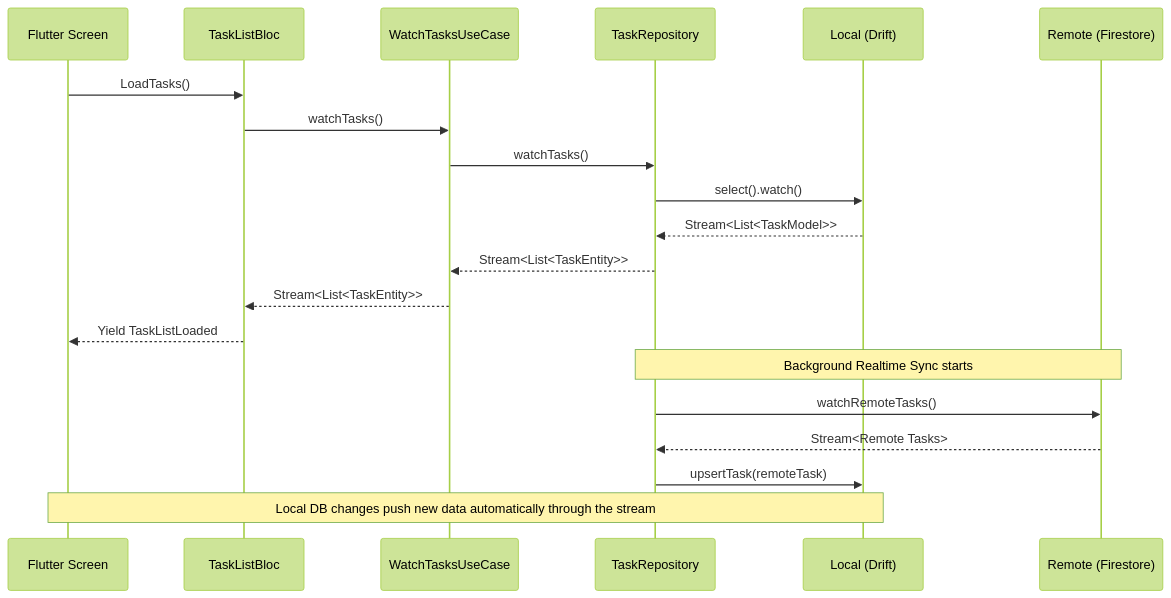
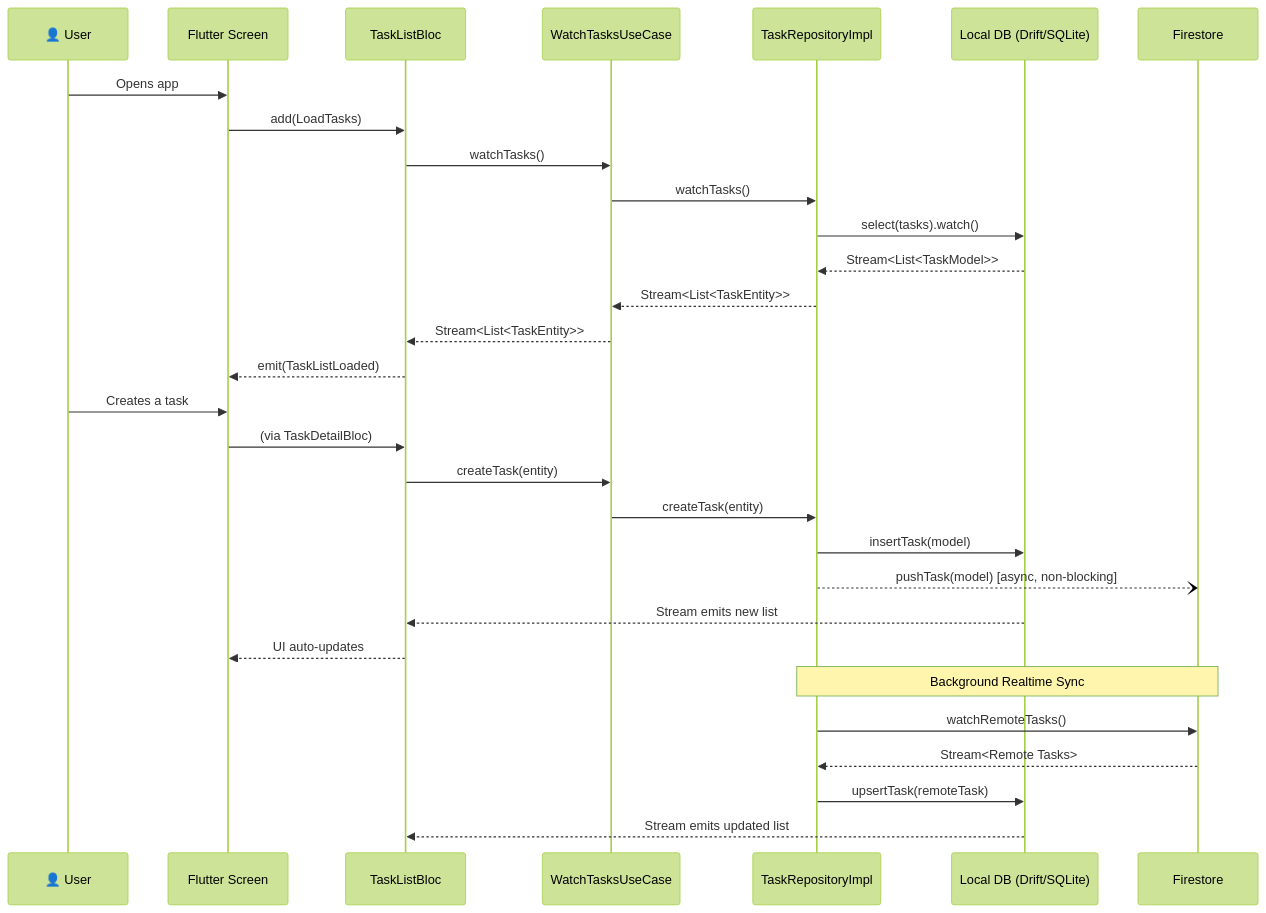
Before and after one commit to sweezyxxx/Taskly: the second of 2 diagrams in README.md, drawn with Mermaid (forest theme). The commit also changed other lines of this file and 1 other file, not shown here.

Commit message:
file: create final README.md

````diff
--- a/README.md
+++ b/README.md
@@ -45,24 +258,35 @@
 ```mermaid
 sequenceDiagram
+    participant User as 👤 User
     participant UI as Flutter Screen
     participant BLoC as TaskListBloc
     participant UC as WatchTasksUseCase
-    participant Repo as TaskRepository
-    participant LDB as Local (Drift)
-    participant FDB as Remote (Firestore)
+    participant Repo as TaskRepositoryImpl
+    participant LDB as Local DB (Drift/SQLite)
+    participant FDB as Firestore
 
-    UI->>BLoC: LoadTasks()
+    User->>UI: Opens app
+    UI->>BLoC: add(LoadTasks)
     BLoC->>UC: watchTasks()
     UC->>Repo: watchTasks()
-    Repo->>LDB: select().watch()
+    Repo->>LDB: select(tasks).watch()
     LDB-->>Repo: Stream<List<TaskModel>>
     Repo-->>UC: Stream<List<TaskEntity>>
     UC-->>BLoC: Stream<List<TaskEntity>>
-    BLoC-->>UI: Yield TaskListLoaded
-    
-    Note over Repo,FDB: Background Realtime Sync starts
+    BLoC-->>UI: emit(TaskListLoaded)
+
+    User->>UI: Creates a task
+    UI->>BLoC: (via TaskDetailBloc)
+    BLoC->>UC: createTask(entity)
+    UC->>Repo: createTask(entity)
+    Repo->>LDB: insertTask(model)
+    Repo--)FDB: pushTask(model) [async, non-blocking]
+    LDB-->>BLoC: Stream emits new list
+    BLoC-->>UI: UI auto-updates
+
+    Note over Repo,FDB: Background Realtime Sync
     Repo->>FDB: watchRemoteTasks()
     FDB-->>Repo: Stream<Remote Tasks>
     Repo->>LDB: upsertTask(remoteTask)
-    Note over LDB,UI: Local DB changes push new data automatically through the stream
+    LDB-->>BLoC: Stream emits updated list
 ```
````
